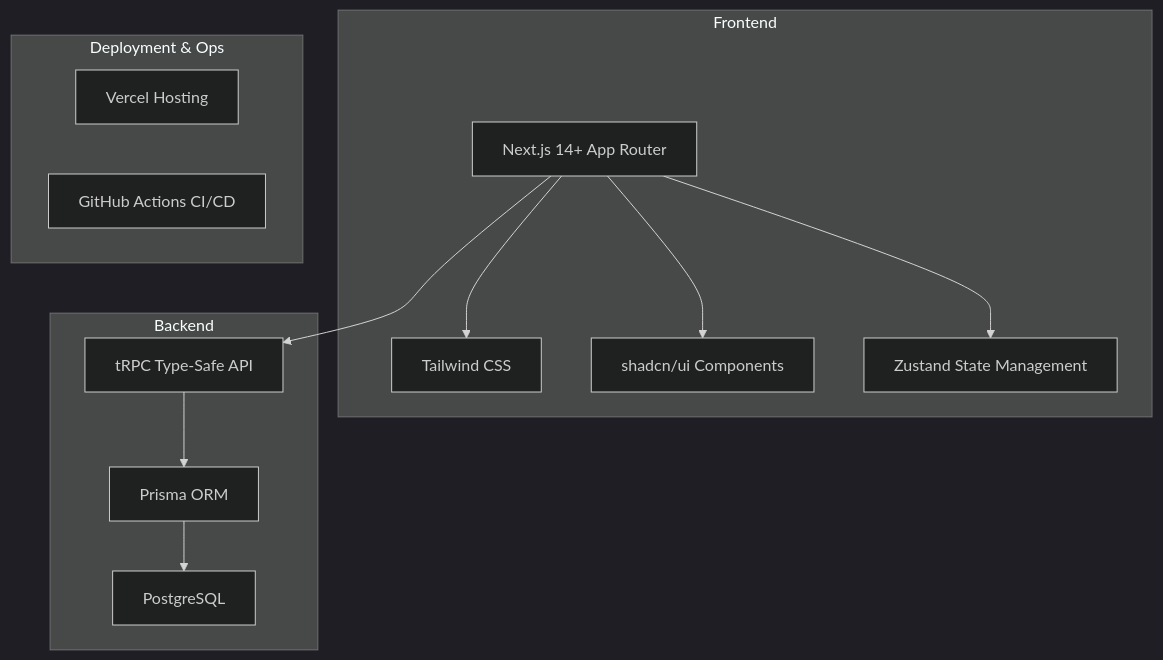
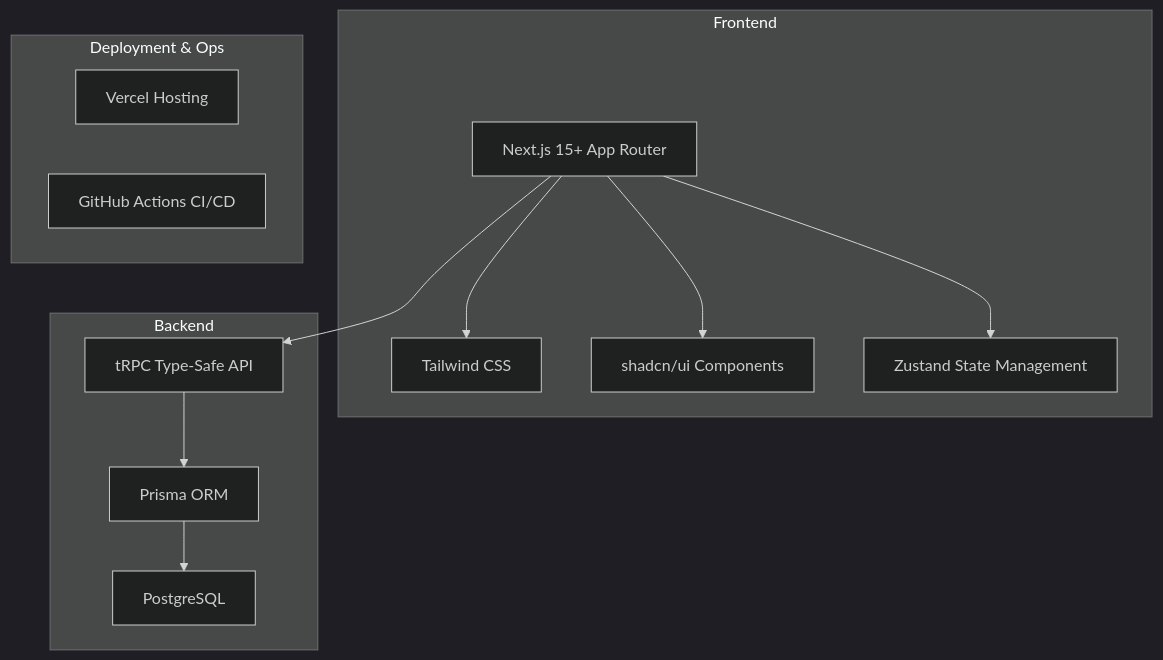
One commit to AdaMartin18010/JavaScriptTypeScript changed the seventh of 7 diagrams in README-EN.md. Above: the diagram before and after it, drawn with Mermaid (dark theme). The commit also changed other lines of this file and 156 other files, not shown here.

````diff
--- a/README-EN.md
+++ b/README-EN.md
@@ -4183,27 +4183,27 @@
 ```mermaid
 flowchart TB
     subgraph Frontend["Frontend"]
-        A[Next.js 14+ App Router]
+        A[Next.js 15+ App Router]
         B[Tailwind CSS]
         C[shadcn/ui Components]
         D[Zustand State Management]
     end
 
     subgraph Backend["Backend"]
         E[tRPC Type-Safe API]
         F[Prisma ORM]
         G[PostgreSQL]
     end
 
     subgraph DevOps["Deployment & Ops"]
         H[Vercel Hosting]
         I[GitHub Actions CI/CD]
     end
 
     A --> E
     E --> F
     F --> G
     A --> B
     A --> C
     A --> D
 ```
````
